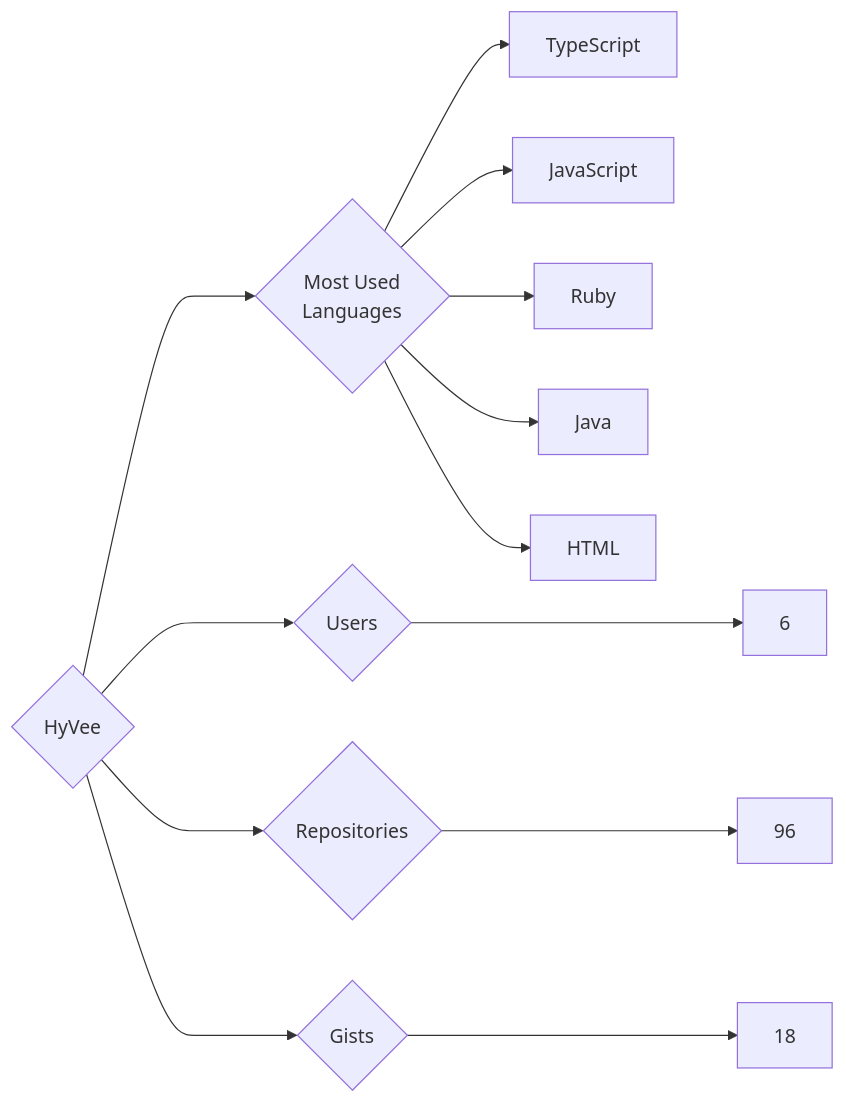
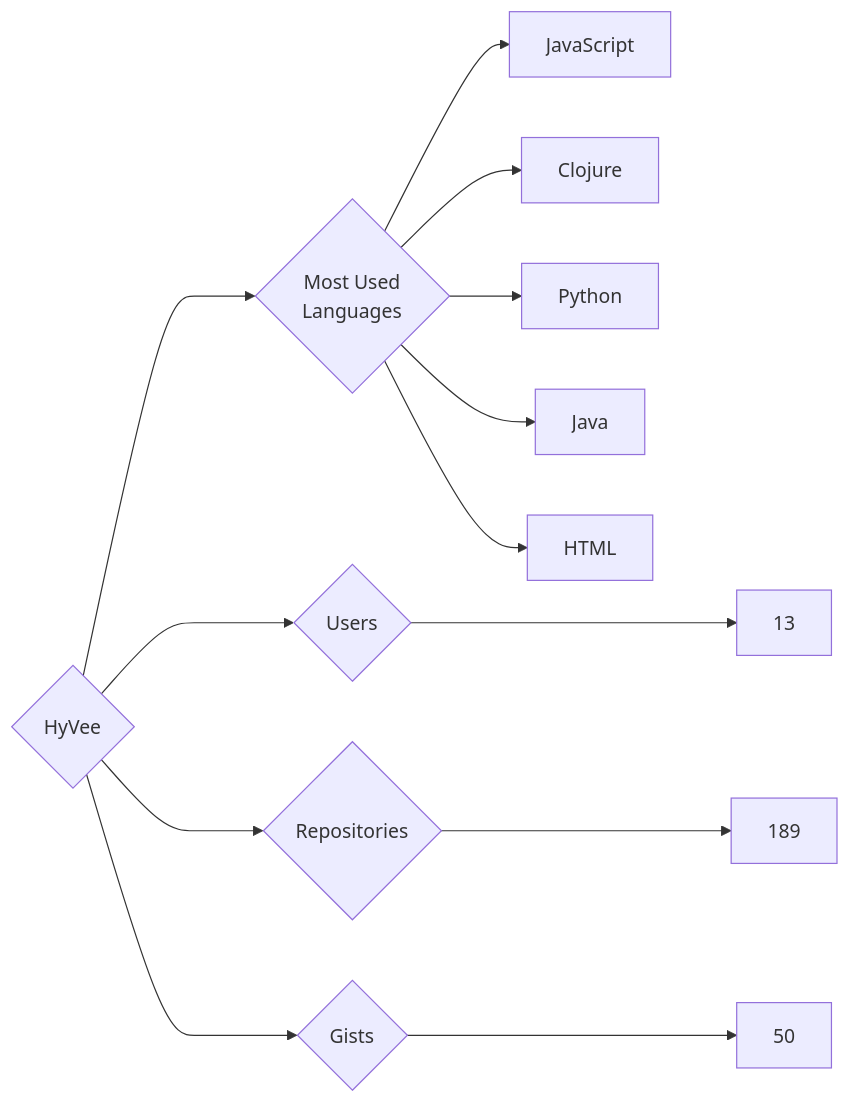
Before and after one commit to trickest/insiders: the diagram in targets/HyVee/README.md, drawn with Mermaid. The commit also changed 749 other files, not shown here.

````diff
--- a/targets/HyVee/README.md
+++ b/targets/HyVee/README.md
@@ -3,13 +3,13 @@
 ```mermaid
 graph LR
 COMPANY_NAME{HyVee}
-COMPANY_NAME ---> U{Users} ---> UN[6]
-COMPANY_NAME ---> R{Repositories} ---> RN[96]
-COMPANY_NAME ---> G{Gists} ---> GN[18]
+COMPANY_NAME ---> U{Users} ---> UN[13]
+COMPANY_NAME ---> R{Repositories} ---> RN[189]
+COMPANY_NAME ---> G{Gists} ---> GN[50]
 COMPANY_NAME ---> ML{Most Used<br>Languages}
-ML --> TypeScript[TypeScript]
 ML --> JavaScript[JavaScript]
-ML --> Ruby[Ruby]
+ML --> Clojure[Clojure]
+ML --> Python[Python]
 ML --> Java[Java]
 ML --> HTML[HTML]
 ```
````
